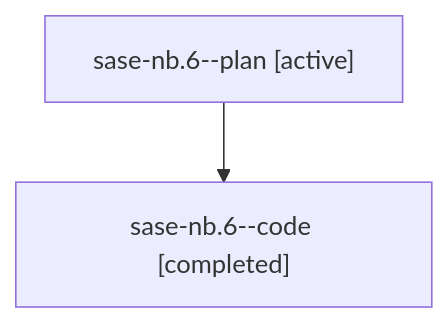
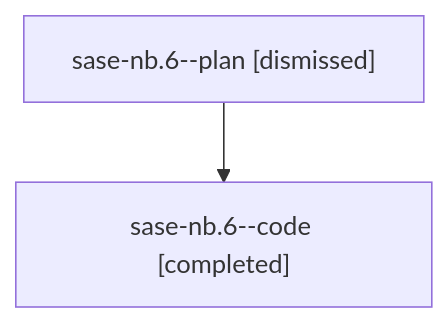
The diagram in sessions/bbugyi200.athena.sase-nb.6.md (sase-org/sase--agents), drawn with Mermaid before and after one commit. The commit also changed other lines of this file and 219 other files, not shown here.

````diff
--- a/sessions/bbugyi200.athena.sase-nb.6.md
+++ b/sessions/bbugyi200.athena.sase-nb.6.md
@@ -9,6 +9,6 @@
 ```mermaid
 flowchart TD
-  n0["sase-nb.6--plan [active]"]
+  n0["sase-nb.6--plan [dismissed]"]
   n1["sase-nb.6--code [completed]"]
   n0 --> n1
 ```
````
